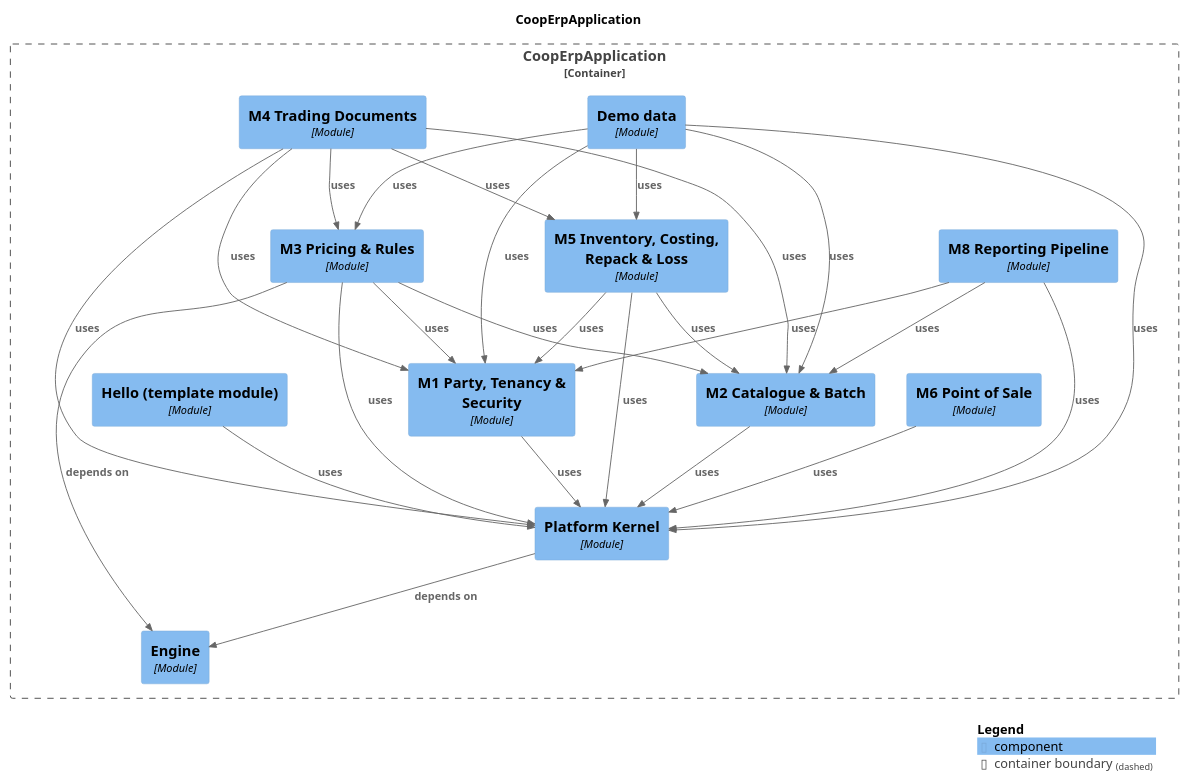
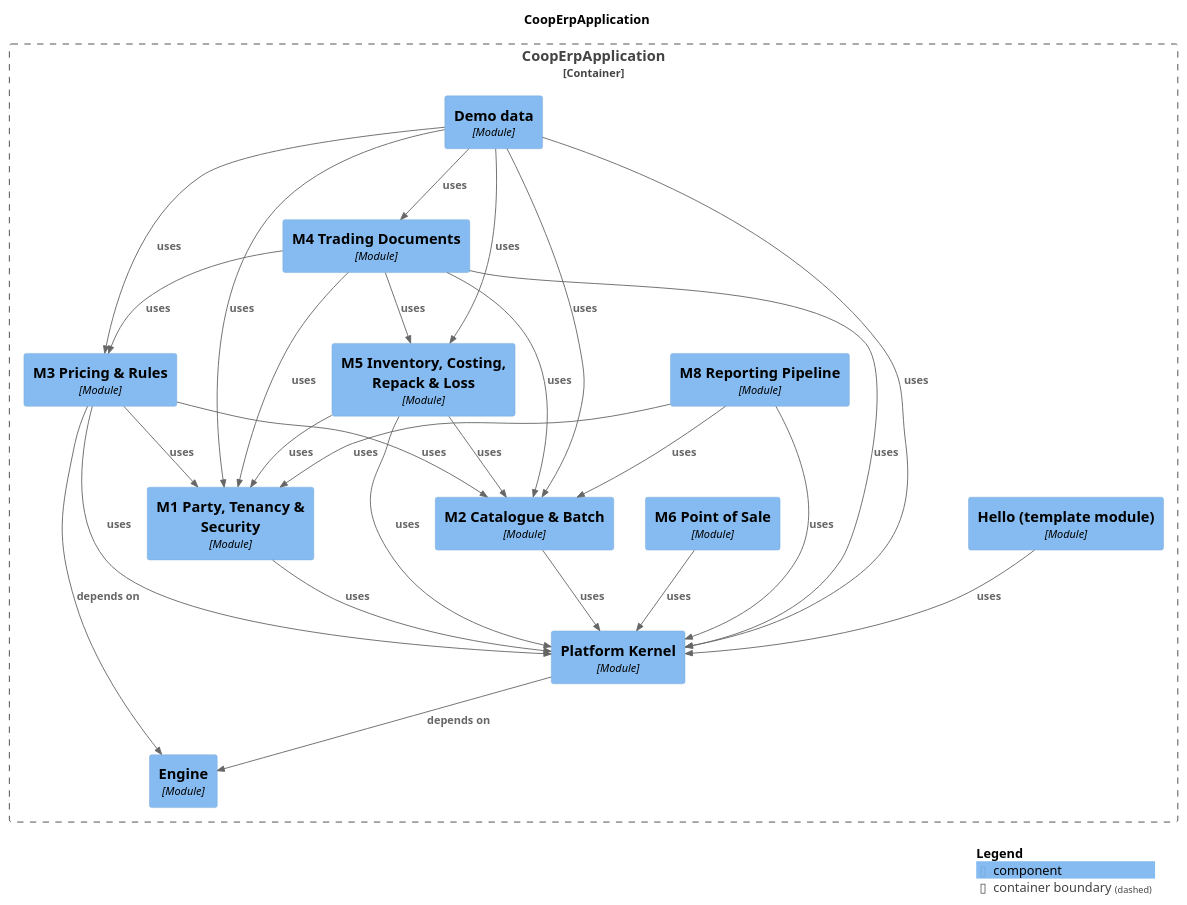
Before and after one commit to Knoweb/COOP_ERP: the diagram in docs/modules/components.puml, drawn with PlantUML. The commit also changed 14 other files, not shown here.

```diff
--- a/docs/modules/components.puml
+++ b/docs/modules/components.puml
@@ -1,52 +1,53 @@
 @startuml
 set separator none
 title CoopErpApplication
 
 top to bottom direction
 
 !include <C4/C4>
 !include <C4/C4_Context>
 !include <C4/C4_Component>
 
 Container_Boundary("CoopErpApplication.CoopErpApplication_boundary", "CoopErpApplication", $tags="") {
   Component(CoopErpApplication.CoopErpApplication.M3PricingRules, "M3 Pricing & Rules", $techn="Module", $descr="", $tags="", $link="")
   Component(CoopErpApplication.CoopErpApplication.M5InventoryCostingRepackLoss, "M5 Inventory, Costing, Repack & Loss", $techn="Module", $descr="", $tags="", $link="")
   Component(CoopErpApplication.CoopErpApplication.M8ReportingPipeline, "M8 Reporting Pipeline", $techn="Module", $descr="", $tags="", $link="")
+  Component(CoopErpApplication.CoopErpApplication.M4TradingDocuments, "M4 Trading Documents", $techn="Module", $descr="", $tags="", $link="")
   Component(CoopErpApplication.CoopErpApplication.Demodata, "Demo data", $techn="Module", $descr="", $tags="", $link="")
-  Component(CoopErpApplication.CoopErpApplication.M4TradingDocuments, "M4 Trading Documents", $techn="Module", $descr="", $tags="", $link="")
   Component(CoopErpApplication.CoopErpApplication.Engine, "Engine", $techn="Module", $descr="", $tags="", $link="")
   Component(CoopErpApplication.CoopErpApplication.PlatformKernel, "Platform Kernel", $techn="Module", $descr="", $tags="", $link="")
   Component(CoopErpApplication.CoopErpApplication.Hellotemplatemodule, "Hello (template module)", $techn="Module", $descr="", $tags="", $link="")
   Component(CoopErpApplication.CoopErpApplication.M1PartyTenancySecurity, "M1 Party, Tenancy & Security", $techn="Module", $descr="", $tags="", $link="")
   Component(CoopErpApplication.CoopErpApplication.M2CatalogueBatch, "M2 Catalogue & Batch", $techn="Module", $descr="", $tags="", $link="")
   Component(CoopErpApplication.CoopErpApplication.M6PointofSale, "M6 Point of Sale", $techn="Module", $descr="", $tags="", $link="")
 }
 
 Rel(CoopErpApplication.CoopErpApplication.Demodata, CoopErpApplication.CoopErpApplication.M1PartyTenancySecurity, "uses", $techn="", $tags="", $link="")
 Rel(CoopErpApplication.CoopErpApplication.Demodata, CoopErpApplication.CoopErpApplication.M2CatalogueBatch, "uses", $techn="", $tags="", $link="")
 Rel(CoopErpApplication.CoopErpApplication.Demodata, CoopErpApplication.CoopErpApplication.M3PricingRules, "uses", $techn="", $tags="", $link="")
+Rel(CoopErpApplication.CoopErpApplication.Demodata, CoopErpApplication.CoopErpApplication.M4TradingDocuments, "uses", $techn="", $tags="", $link="")
 Rel(CoopErpApplication.CoopErpApplication.Demodata, CoopErpApplication.CoopErpApplication.M5InventoryCostingRepackLoss, "uses", $techn="", $tags="", $link="")
 Rel(CoopErpApplication.CoopErpApplication.Demodata, CoopErpApplication.CoopErpApplication.PlatformKernel, "uses", $techn="", $tags="", $link="")
 Rel(CoopErpApplication.CoopErpApplication.Hellotemplatemodule, CoopErpApplication.CoopErpApplication.PlatformKernel, "uses", $techn="", $tags="", $link="")
 Rel(CoopErpApplication.CoopErpApplication.M1PartyTenancySecurity, CoopErpApplication.CoopErpApplication.PlatformKernel, "uses", $techn="", $tags="", $link="")
 Rel(CoopErpApplication.CoopErpApplication.M2CatalogueBatch, CoopErpApplication.CoopErpApplication.PlatformKernel, "uses", $techn="", $tags="", $link="")
 Rel(CoopErpApplication.CoopErpApplication.M3PricingRules, CoopErpApplication.CoopErpApplication.Engine, "depends on", $techn="", $tags="", $link="")
 Rel(CoopErpApplication.CoopErpApplication.M3PricingRules, CoopErpApplication.CoopErpApplication.M1PartyTenancySecurity, "uses", $techn="", $tags="", $link="")
 Rel(CoopErpApplication.CoopErpApplication.M3PricingRules, CoopErpApplication.CoopErpApplication.M2CatalogueBatch, "uses", $techn="", $tags="", $link="")
 Rel(CoopErpApplication.CoopErpApplication.M3PricingRules, CoopErpApplication.CoopErpApplication.PlatformKernel, "uses", $techn="", $tags="", $link="")
 Rel(CoopErpApplication.CoopErpApplication.M4TradingDocuments, CoopErpApplication.CoopErpApplication.M1PartyTenancySecurity, "uses", $techn="", $tags="", $link="")
 Rel(CoopErpApplication.CoopErpApplication.M4TradingDocuments, CoopErpApplication.CoopErpApplication.M2CatalogueBatch, "uses", $techn="", $tags="", $link="")
 Rel(CoopErpApplication.CoopErpApplication.M4TradingDocuments, CoopErpApplication.CoopErpApplication.M3PricingRules, "uses", $techn="", $tags="", $link="")
 Rel(CoopErpApplication.CoopErpApplication.M4TradingDocuments, CoopErpApplication.CoopErpApplication.M5InventoryCostingRepackLoss, "uses", $techn="", $tags="", $link="")
 Rel(CoopErpApplication.CoopErpApplication.M4TradingDocuments, CoopErpApplication.CoopErpApplication.PlatformKernel, "uses", $techn="", $tags="", $link="")
 Rel(CoopErpApplication.CoopErpApplication.M5InventoryCostingRepackLoss, CoopErpApplication.CoopErpApplication.M1PartyTenancySecurity, "uses", $techn="", $tags="", $link="")
 Rel(CoopErpApplication.CoopErpApplication.M5InventoryCostingRepackLoss, CoopErpApplication.CoopErpApplication.M2CatalogueBatch, "uses", $techn="", $tags="", $link="")
 Rel(CoopErpApplication.CoopErpApplication.M5InventoryCostingRepackLoss, CoopErpApplication.CoopErpApplication.PlatformKernel, "uses", $techn="", $tags="", $link="")
 Rel(CoopErpApplication.CoopErpApplication.M6PointofSale, CoopErpApplication.CoopErpApplication.PlatformKernel, "uses", $techn="", $tags="", $link="")
 Rel(CoopErpApplication.CoopErpApplication.M8ReportingPipeline, CoopErpApplication.CoopErpApplication.M1PartyTenancySecurity, "uses", $techn="", $tags="", $link="")
 Rel(CoopErpApplication.CoopErpApplication.M8ReportingPipeline, CoopErpApplication.CoopErpApplication.M2CatalogueBatch, "uses", $techn="", $tags="", $link="")
 Rel(CoopErpApplication.CoopErpApplication.M8ReportingPipeline, CoopErpApplication.CoopErpApplication.PlatformKernel, "uses", $techn="", $tags="", $link="")
 Rel(CoopErpApplication.CoopErpApplication.PlatformKernel, CoopErpApplication.CoopErpApplication.Engine, "depends on", $techn="", $tags="", $link="")
 
 SHOW_LEGEND(true)
 @enduml
```
